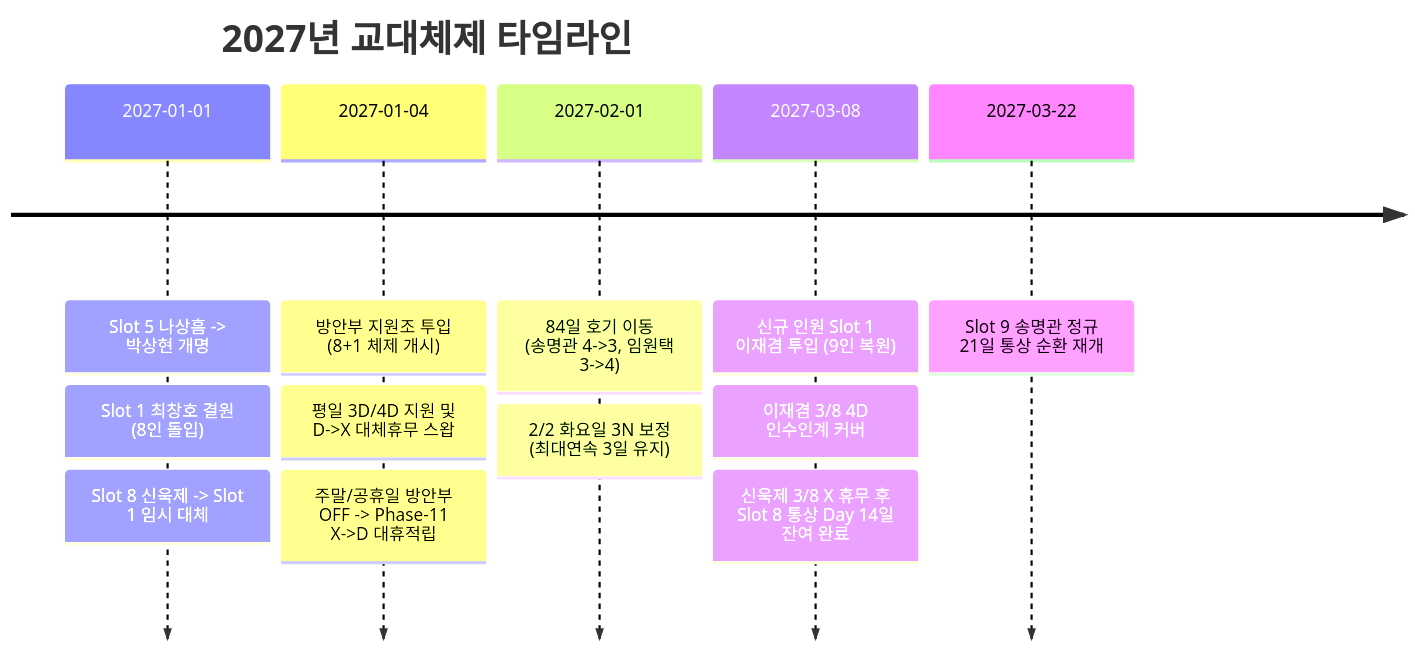
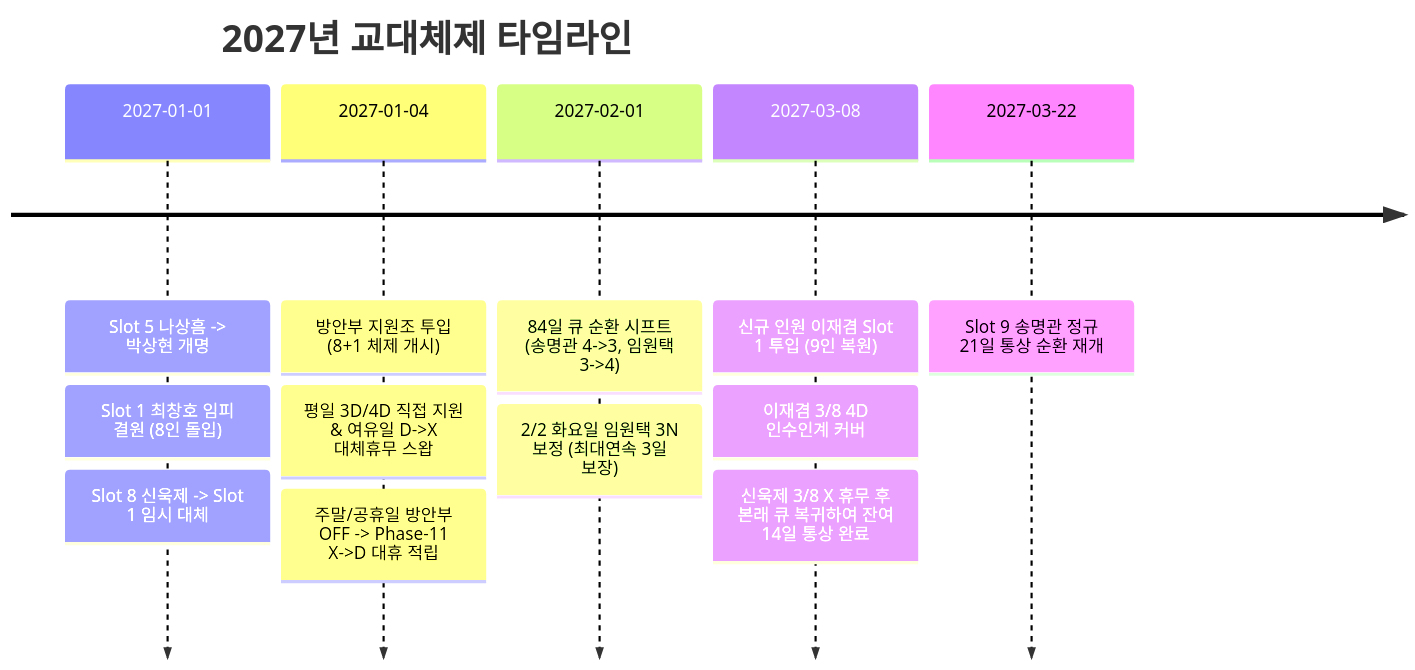
One commit to radshiftk34/RadShift-K34 changed the third of 4 diagrams in docs/SPECIFICATION.md. Above: the diagram before and after it, drawn with Mermaid. The commit also changed other lines of this file, not shown here.

````diff
--- a/docs/SPECIFICATION.md
+++ b/docs/SPECIFICATION.md
@@ -144,16 +187,16 @@
 ```mermaid
 timeline
     title 2027년 교대체제 타임라인
     2027-01-01 : Slot 5 나상흠 -> 박상현 개명
-               : Slot 1 최창호 결원 (8인 돌입)
+               : Slot 1 최창호 임피 결원 (8인 돌입)
                : Slot 8 신욱제 -> Slot 1 임시 대체
     2027-01-04 : 방안부 지원조 투입 (8+1 체제 개시)
-               : 평일 3D/4D 지원 및 D->X 대체휴무 스왑
-               : 주말/공휴일 방안부 OFF -> Phase-11 X->D 대휴적립
-    2027-02-01 : 84일 호기 이동 (송명관 4->3, 임원택 3->4)
-               : 2/2 화요일 3N 보정 (최대연속 3일 유지)
-    2027-03-08 : 신규 인원 Slot 1 이재겸 투입 (9인 복원)
+               : 평일 3D/4D 직접 지원 & 여유일 D->X 대체휴무 스왑
+               : 주말/공휴일 방안부 OFF -> Phase-11 X->D 대휴 적립
+    2027-02-01 : 84일 큐 순환 시프트 (송명관 4->3, 임원택 3->4)
+               : 2/2 화요일 임원택 3N 보정 (최대연속 3일 보장)
+    2027-03-08 : 신규 인원 이재겸 Slot 1 투입 (9인 복원)
                : 이재겸 3/8 4D 인수인계 커버
-               : 신욱제 3/8 X 휴무 후 Slot 8 통상 Day 14일 잔여 완료
+               : 신욱제 3/8 X 휴무 후 본래 큐 복귀하여 잔여 14일 통상 완료
     2027-03-22 : Slot 9 송명관 정규 21일 통상 순환 재개
 ```
````
